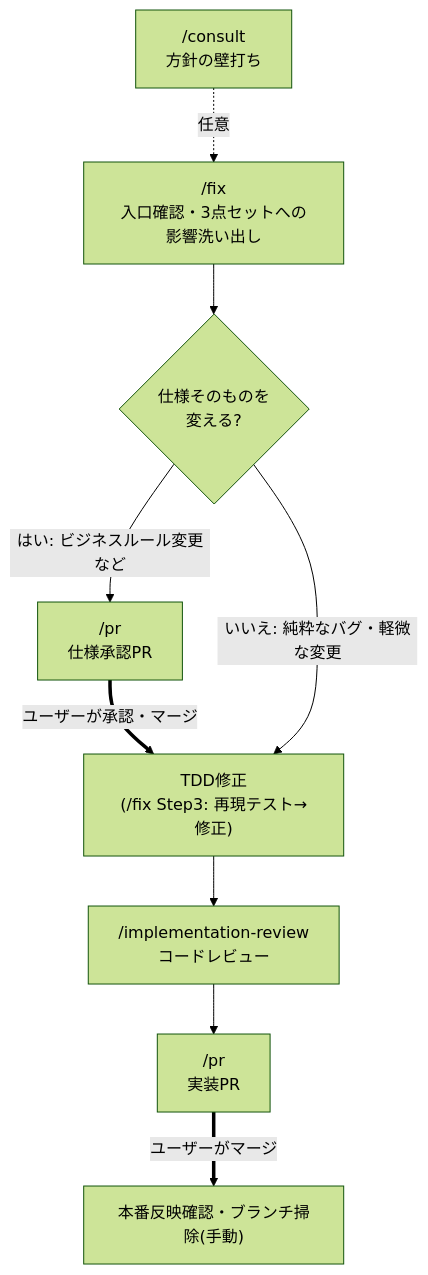
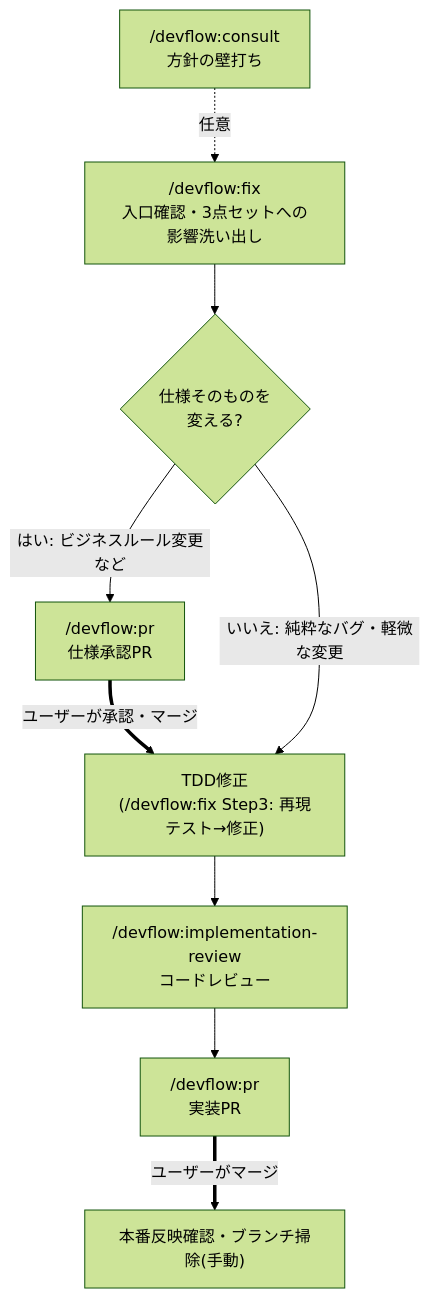
One commit to dnode-ryosuke-yamazaki/study changed the second of 2 diagrams in .claude/skills/README.md. Above: the diagram before and after it, drawn with Mermaid (forest theme). The commit also changed other lines of this file and 73 other files, not shown here.

````diff
--- a/.claude/skills/README.md
+++ b/.claude/skills/README.md
@@ -118,20 +118,20 @@
 ```mermaid
 flowchart TD
-    consult["/consult<br>方針の壁打ち"]
-    fix["/fix<br>入口確認・3点セットへの影響洗い出し"]
+    consult["/devflow:consult<br>方針の壁打ち"]
+    fix["/devflow:fix<br>入口確認・3点セットへの影響洗い出し"]
     branch{"仕様そのものを<br>変える?"}
-    prspec["/pr<br>仕様承認PR"]
-    tdd["TDD修正<br>(/fix Step3: 再現テスト→修正)"]
-    implreview["/implementation-review<br>コードレビュー"]
-    primpl["/pr<br>実装PR"]
+    prspec["/devflow:pr<br>仕様承認PR"]
+    tdd["TDD修正<br>(/devflow:fix Step3: 再現テスト→修正)"]
+    implreview["/devflow:implementation-review<br>コードレビュー"]
+    primpl["/devflow:pr<br>実装PR"]
     release["本番反映確認・ブランチ掃除(手動)"]
 
     consult -.任意.-> fix
     fix --> branch
     branch -->|はい: ビジネスルール変更など| prspec
     prspec ==>|ユーザーが承認・マージ| tdd
     branch -->|いいえ: 純粋なバグ・軽微な変更| tdd
     tdd --> implreview
     implreview --> primpl
     primpl ==>|ユーザーがマージ| release
 ```
````
